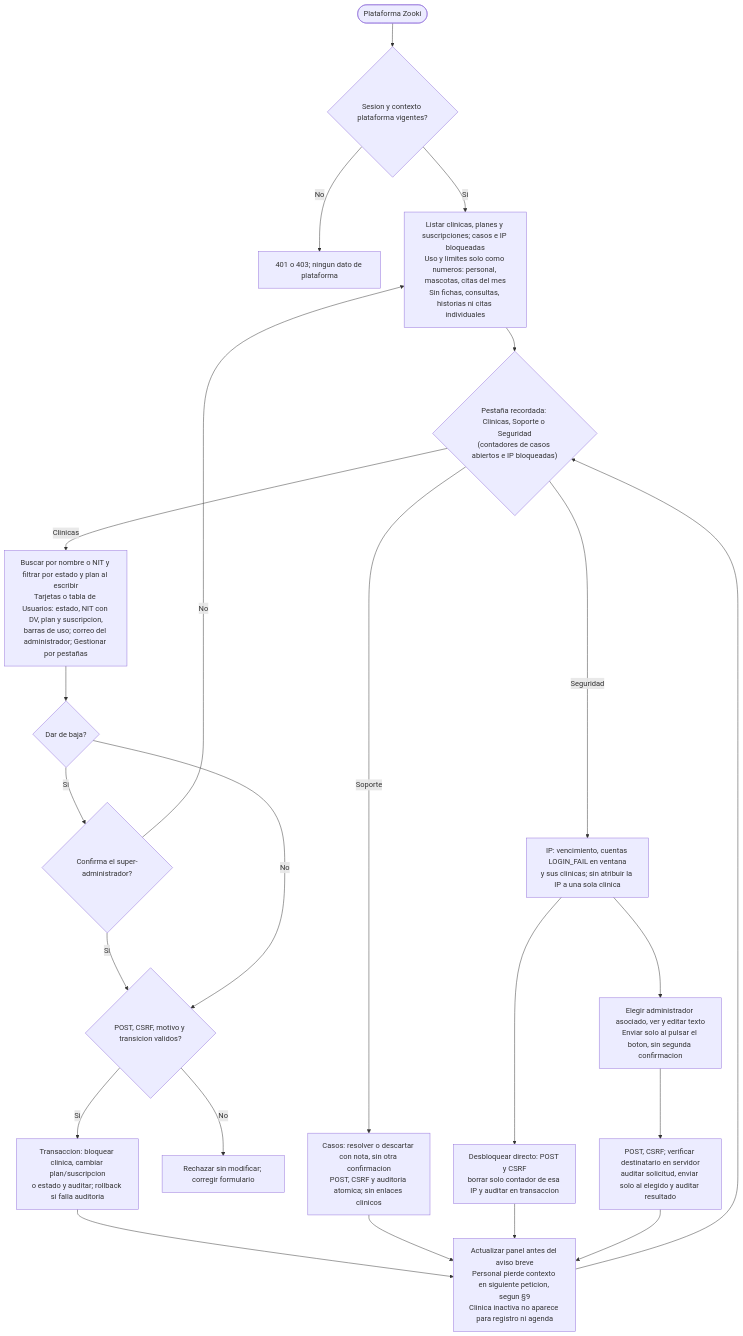
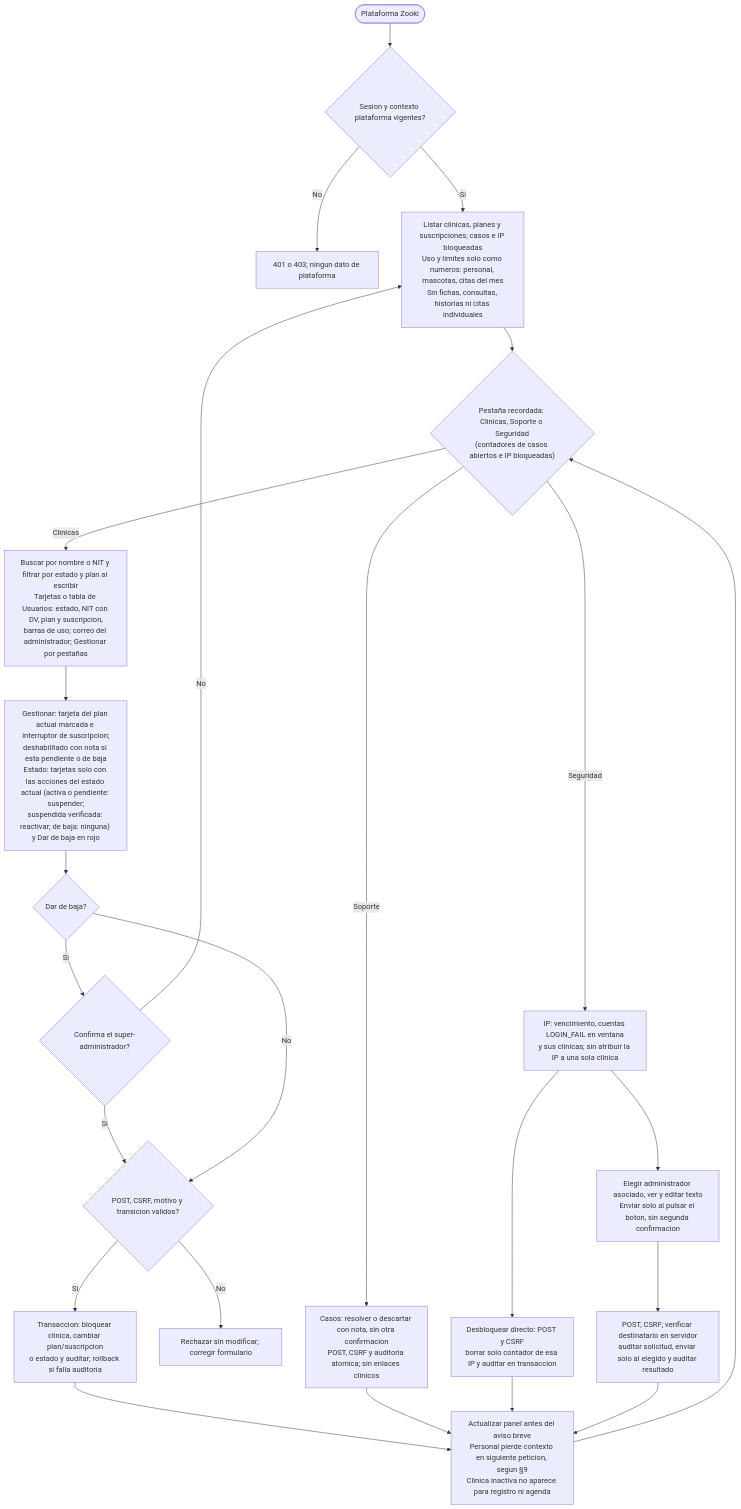
One commit to carvajal7lsch-commits/Zooki changed diagram 15 of 24 in documentacion/Modelos.md. Above: the diagram before and after it, drawn with Mermaid. The commit also changed 6 other files, not shown here.

Commit message:
docs(m0.2.1): diagrama 12.1.1, historial 2.0.0-alpha.2, alcance y anexo M0.2.1

````diff
--- a/documentacion/Modelos.md
+++ b/documentacion/Modelos.md
@@ -668,27 +668,28 @@
 ```mermaid
 flowchart TD
   A([Plataforma Zooki]) --> S{"Sesion y contexto plataforma vigentes?"}
   S -- No --> DEN["401 o 403; ningun dato de plataforma"]
   S -- Si --> L["Listar clinicas, planes y suscripciones; casos e IP bloqueadas<br/>Uso y limites solo como numeros: personal, mascotas, citas del mes<br/>Sin fichas, consultas, historias ni citas individuales"]
   L --> PES{"Pestaña recordada: Clinicas, Soporte o Seguridad<br/>(contadores de casos abiertos e IP bloqueadas)"}
   PES -- Clinicas --> F["Buscar por nombre o NIT y filtrar por estado y plan al escribir<br/>Tarjetas o tabla de Usuarios: estado, NIT con DV, plan y suscripcion,<br/>barras de uso; correo del administrador; Gestionar por pestañas"]
   PES -- Soporte --> CAS
   PES -- Seguridad --> IP
-  F --> CONF{"Dar de baja?"}
+  F --> GES["Gestionar: tarjeta del plan actual marcada e interruptor de suscripcion;<br/>deshabilitado con nota si esta pendiente o de baja<br/>Estado: tarjetas solo con las acciones del estado actual (activa o pendiente: suspender;<br/>suspendida verificada: reactivar; de baja: ninguna) y Dar de baja en rojo"]
+  GES --> CONF{"Dar de baja?"}
   CONF -- Si --> Q{"Confirma el super-administrador?"}
   Q -- No --> L
   Q -- Si --> M
   CONF -- No --> M{"POST, CSRF, motivo y transicion validos?"}
   M -- No --> ERR["Rechazar sin modificar; corregir formulario"]
   M -- Si --> TX["Transaccion: bloquear clinica, cambiar plan/suscripcion<br/>o estado y auditar; rollback si falla auditoria"]
   TX --> R["Actualizar panel antes del aviso breve<br/>Personal pierde contexto en siguiente peticion, segun §9<br/>Clinica inactiva no aparece para registro ni agenda"]
   CAS["Casos: resolver o descartar con nota, sin otra confirmacion<br/>POST, CSRF y auditoria atomica; sin enlaces clinicos"]
   IP["IP: vencimiento, cuentas LOGIN_FAIL en ventana<br/>y sus clinicas; sin atribuir la IP a una sola clinica"]
   IP --> DES["Desbloquear directo: POST y CSRF<br/>borrar solo contador de esa IP y auditar en transaccion"]
   IP --> AV["Elegir administrador asociado, ver y editar texto<br/>Enviar solo al pulsar el boton, sin segunda confirmacion"]
   AV --> VAL["POST, CSRF; verificar destinatario en servidor<br/>auditar solicitud, enviar solo al elegido y auditar resultado"]
   CAS --> R
   DES --> R
   VAL --> R
   R --> PES
 ```
````
